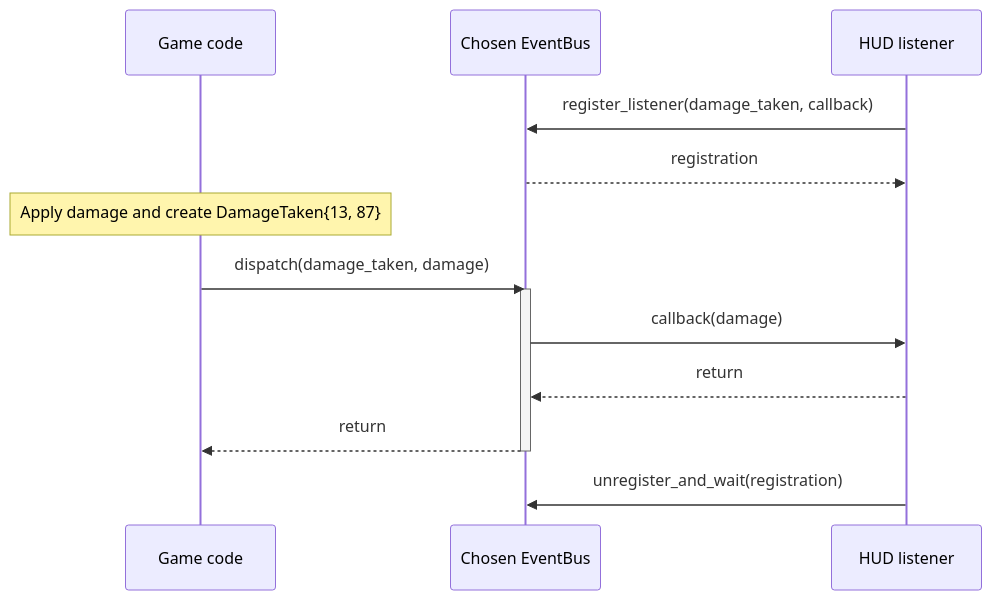
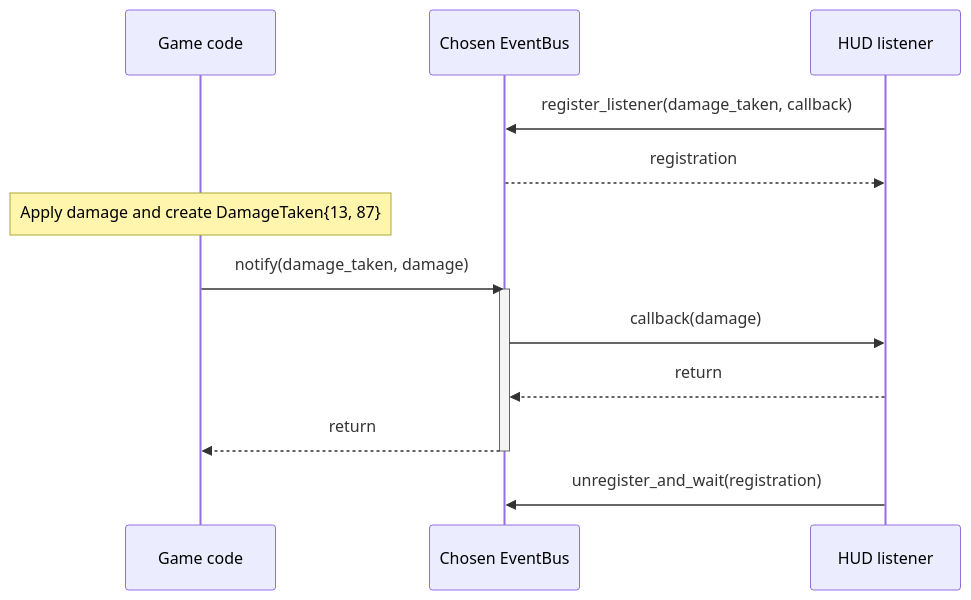
The second of 3 diagrams in docs/site/getting-started/create-a/event.md (cppcooper/cheryl-engine), drawn with Mermaid before and after one commit. The commit also changed other lines of this file and 34 other files, not shown here.

````diff
--- a/docs/site/getting-started/create-a/event.md
+++ b/docs/site/getting-started/create-a/event.md
@@ -73,18 +73,18 @@
 ```mermaid
 sequenceDiagram
     accTitle: Create, listen, dispatch and stop listening
-    accDescr: A HUD registers its callback. Game code creates a DamageTaken value and dispatches it. The bus calls the HUD before returning. The HUD unregisters when finished.
+    accDescr: A HUD registers its callback. Game code creates a DamageTaken value and notifies the bus. The bus calls the HUD before returning. The HUD unregisters when finished.
     participant Game as Game code
     participant Bus as Chosen EventBus
     participant HUD as HUD listener
     HUD->>Bus: register_listener(damage_taken, callback)
     Bus-->>HUD: registration
     Note over Game: Apply damage and create DamageTaken{13, 87}
-    Game->>Bus: dispatch(damage_taken, damage)
+    Game->>Bus: notify(damage_taken, damage)
     activate Bus
     Bus->>HUD: callback(damage)
     HUD-->>Bus: return
     Bus-->>Game: return
     deactivate Bus
     HUD->>Bus: unregister_and_wait(registration)
 ```
````
